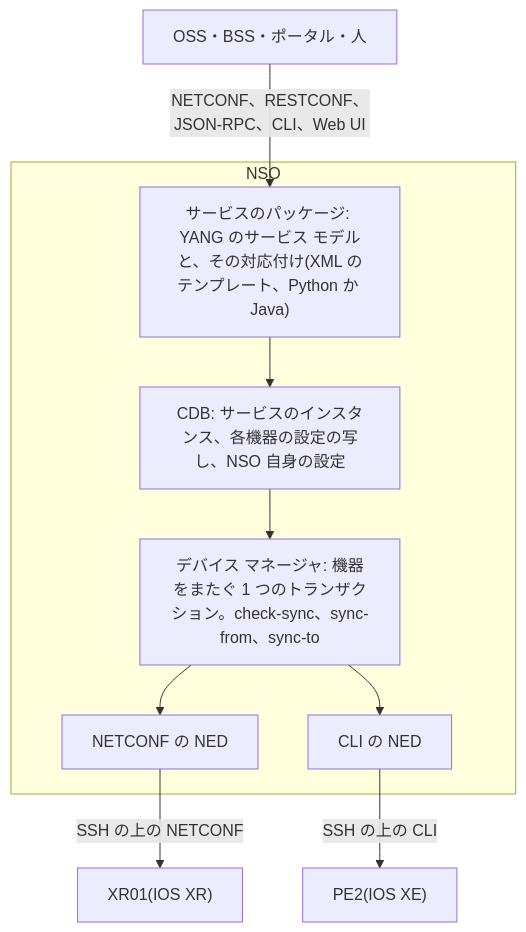
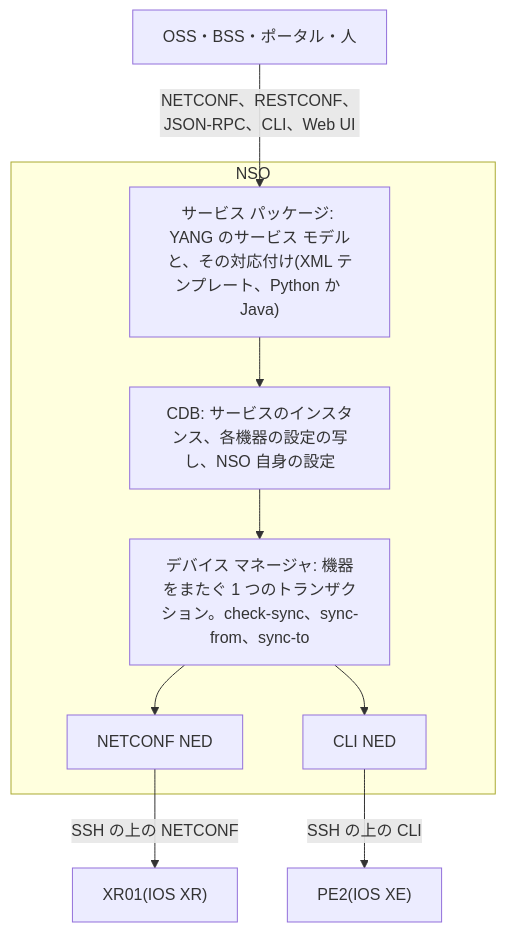
Before and after one commit to suzugross/CCNP_LAB_FACTORY: the first of 2 diagrams in courses/xr/ja/e6-m13-appendix.md, drawn with Mermaid. The commit also changed other lines of this file and 302 other files, not shown here.

````diff
--- a/courses/xr/ja/e6-m13-appendix.md
+++ b/courses/xr/ja/e6-m13-appendix.md
@@ -328,12 +328,12 @@
 ```mermaid
 flowchart TD
   N["OSS・BSS・ポータル・人"] -->|"NETCONF、RESTCONF、JSON-RPC、CLI、Web UI"| S
   subgraph NSO["NSO"]
-    S["サービスのパッケージ: YANG のサービス モデルと、その対応付け(XML のテンプレート、Python か Java)"] --> C["CDB: サービスのインスタンス、各機器の設定の写し、NSO 自身の設定"]
+    S["サービス パッケージ: YANG のサービス モデルと、その対応付け(XML テンプレート、Python か Java)"] --> C["CDB: サービスのインスタンス、各機器の設定の写し、NSO 自身の設定"]
     C --> D["デバイス マネージャ: 機器をまたぐ 1 つのトランザクション。check-sync、sync-from、sync-to"]
-    D --> E1["NETCONF の NED"]
-    D --> E2["CLI の NED"]
+    D --> E1["NETCONF NED"]
+    D --> E2["CLI NED"]
   end
   E1 -->|"SSH の上の NETCONF"| X["XR01(IOS XR)"]
   E2 -->|"SSH の上の CLI"| P["PE2(IOS XE)"]
 ```
````
